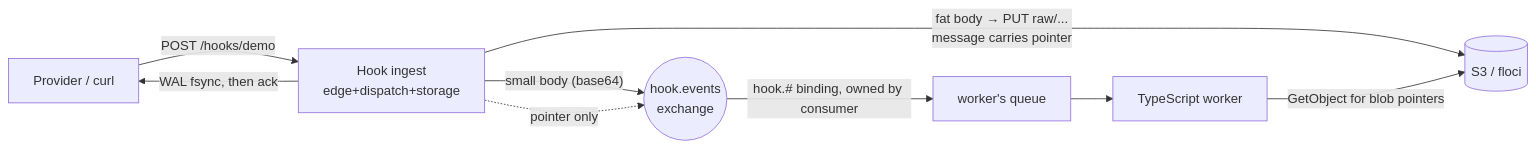
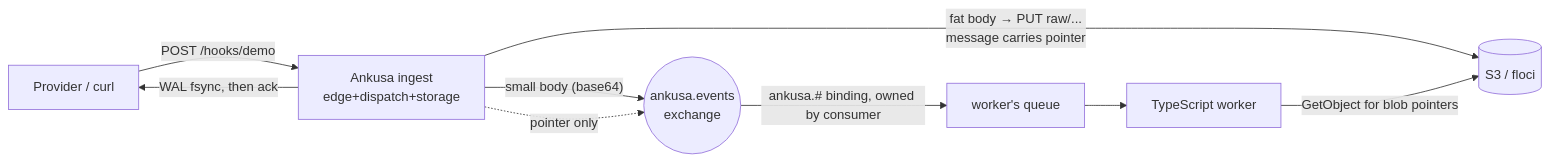
One commit to jamescarr/ankusa changed the diagram in examples/rabbitmq-consumer/README.md. Above: the diagram before and after it, drawn with Mermaid. The commit also changed other lines of this file and 7153 other files, not shown here.

Commit message:
chore: rename from generic Hook to Ankusa

````diff
--- a/examples/rabbitmq-consumer/README.md
+++ b/examples/rabbitmq-consumer/README.md
@@ -6,11 +6,11 @@
 ```mermaid
 flowchart LR
-    P[Provider / curl] -->|POST /hooks/demo| I[Hook ingest\nedge+dispatch+storage]
+    P[Provider / curl] -->|POST /hooks/demo| I[Ankusa ingest\nedge+dispatch+storage]
     I -->|WAL fsync, then ack| P
-    I -->|"small body (base64)"| X((hook.events\nexchange))
+    I -->|"small body (base64)"| X((ankusa.events\nexchange))
     I -->|"fat body → PUT raw/...\nmessage carries pointer"| S[(S3 / floci)]
     I -.pointer only.-> X
-    X -->|hook.# binding, owned by consumer| Q[worker's queue]
+    X -->|ankusa.# binding, owned by consumer| Q[worker's queue]
     Q --> W[TypeScript worker]
     W -->|GetObject for blob pointers| S
 ```
````
